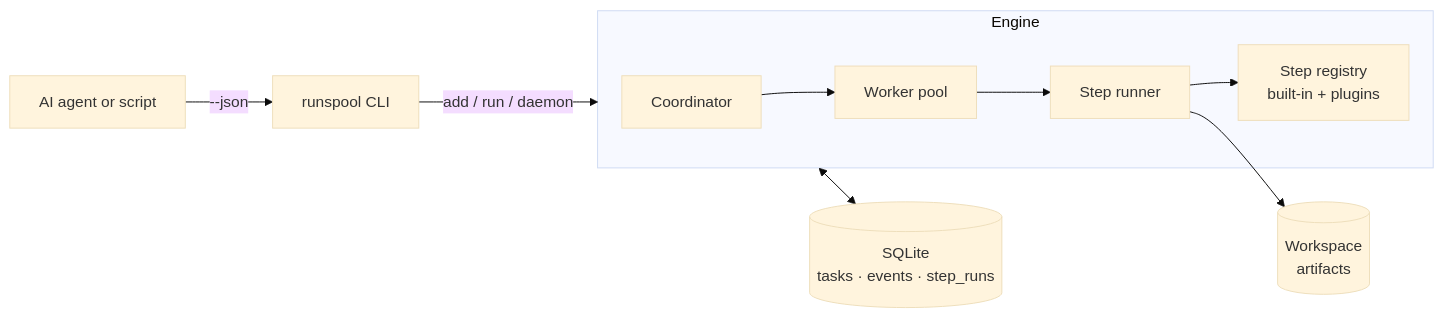
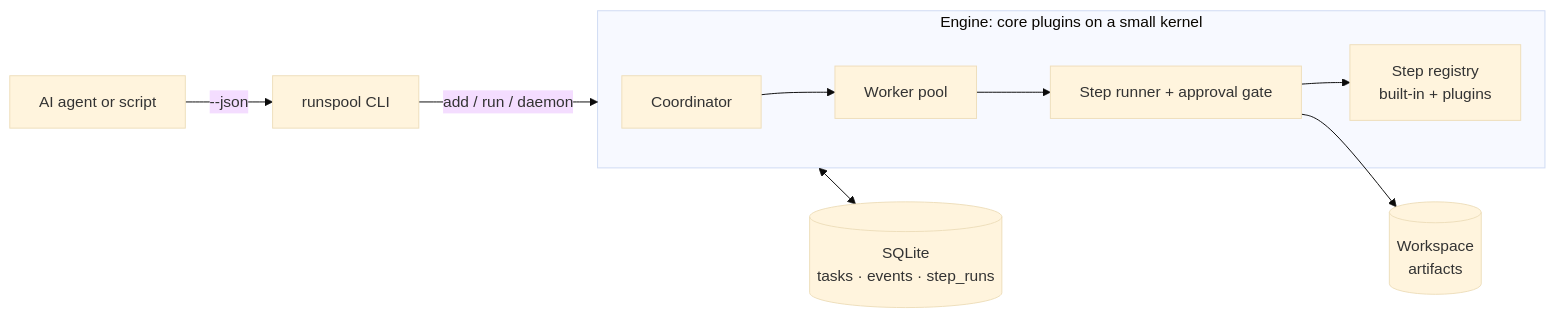
One commit to ethan-sun-dev/runspool changed the diagram in README.md. Above: the diagram before and after it, drawn with Mermaid (base theme). The commit also changed other lines of this file and 27 other files, not shown here.

````diff
--- a/README.md
+++ b/README.md
@@ -144,12 +151,12 @@
 ```mermaid
 flowchart LR
     CLI[runspool CLI] -->|add / run / daemon| ENG
     AGENT[AI agent or script] -->|--json| CLI
-    subgraph ENG[Engine]
+    subgraph ENG[Engine: core plugins on a small kernel]
         COORD[Coordinator] --> POOL[Worker pool]
-        POOL --> RUN[Step runner]
+        POOL --> RUN[Step runner + approval gate]
         RUN --> STEPS[Step registry\nbuilt-in + plugins]
     end
     ENG <--> DB[(SQLite\ntasks · events · step_runs)]
     RUN --> FS[(Workspace\nartifacts)]
 ```
````
